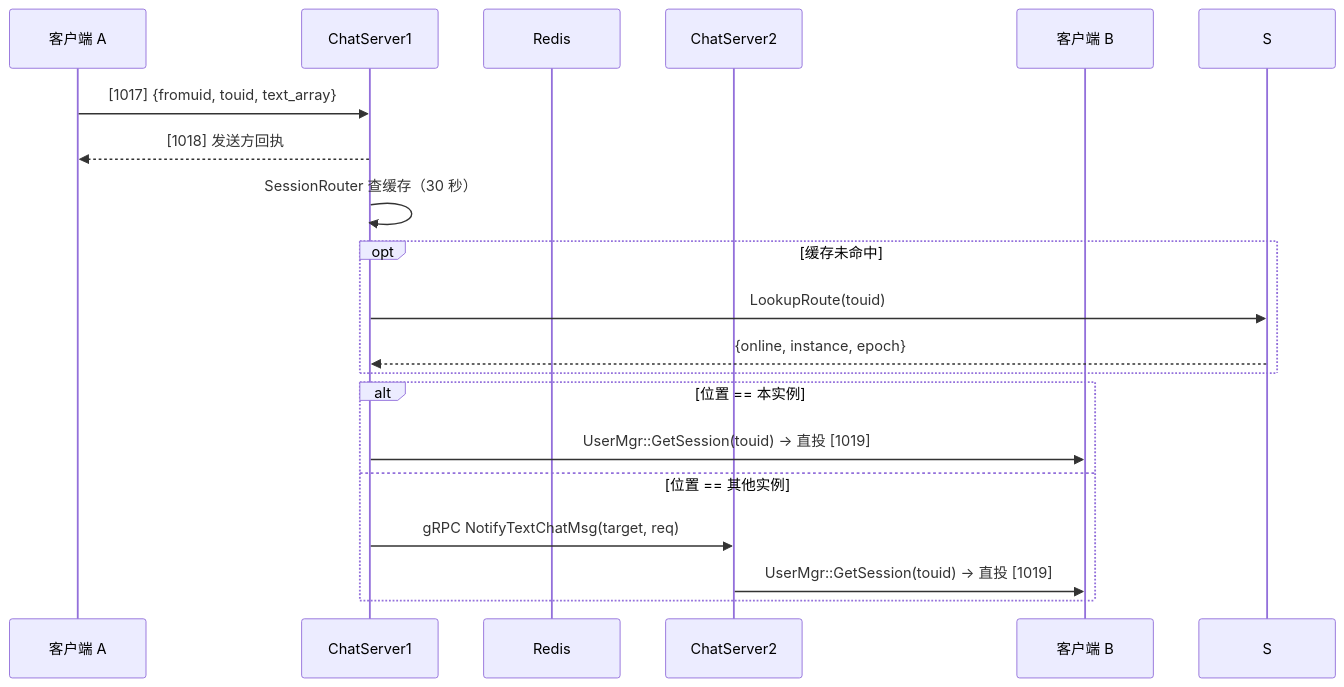
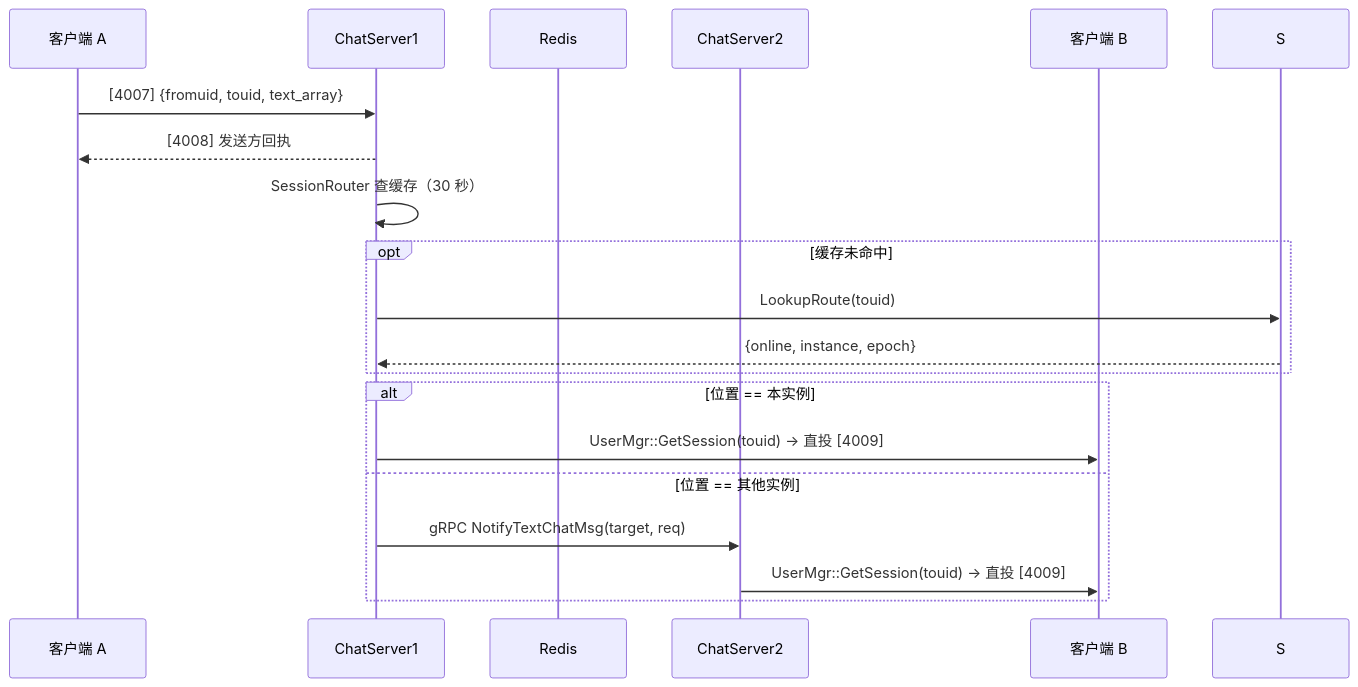
One commit to yrc920/yunjian changed the fourth of 5 diagrams in docs/01-architecture.md. Above: the diagram before and after it, drawn with Mermaid. The commit also changed other lines of this file and 78 other files, not shown here.

````diff
--- a/docs/01-architecture.md
+++ b/docs/01-architecture.md
@@ -181,22 +181,22 @@
 ```mermaid
 sequenceDiagram
     participant A as 客户端 A
     participant C1 as ChatServer1
     participant R as Redis
     participant C2 as ChatServer2
     participant B as 客户端 B
 
-    A->>C1: [1017] {fromuid, touid, text_array}
-    C1-->>A: [1018] 发送方回执
+    A->>C1: [4007] {fromuid, touid, text_array}
+    C1-->>A: [4008] 发送方回执
     C1->>C1: SessionRouter 查缓存（30 秒）
     opt 缓存未命中
         C1->>S: LookupRoute(touid)
         S-->>C1: {online, instance, epoch}
     end
     alt 位置 == 本实例
-        C1->>B: UserMgr::GetSession(touid) → 直投 [1019]
+        C1->>B: UserMgr::GetSession(touid) → 直投 [4009]
     else 位置 == 其他实例
         C1->>C2: gRPC NotifyTextChatMsg(target, req)
-        C2->>B: UserMgr::GetSession(touid) → 直投 [1019]
+        C2->>B: UserMgr::GetSession(touid) → 直投 [4009]
     end
 ```
````
